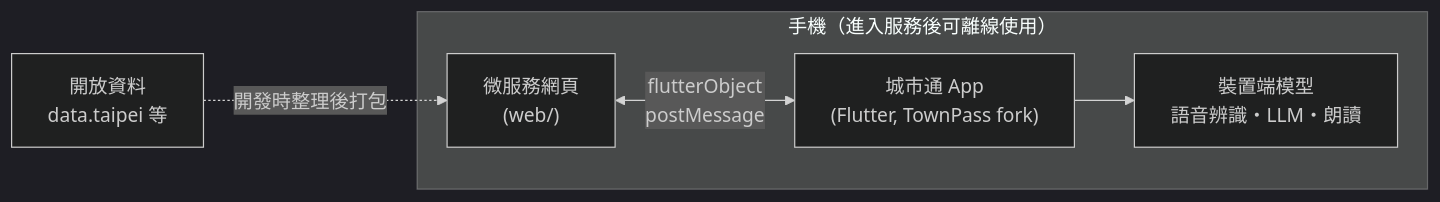
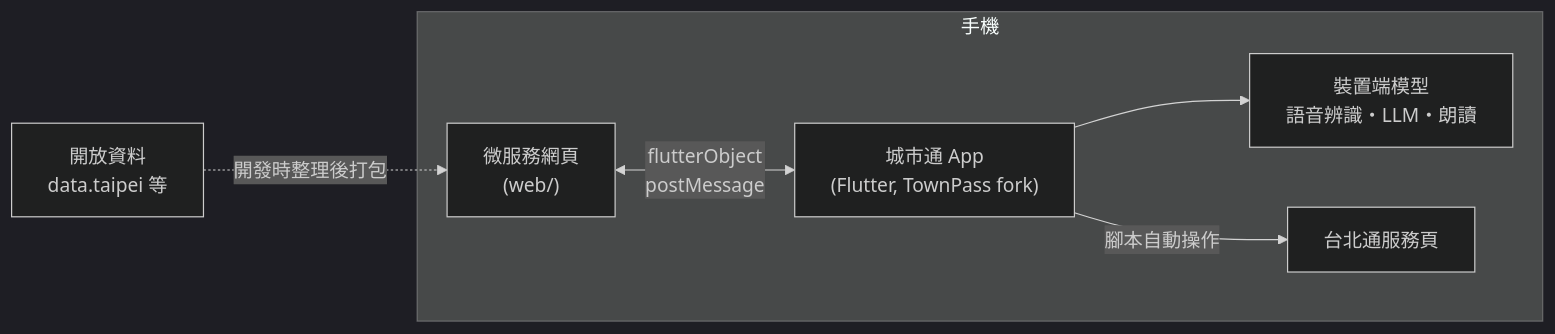
The diagram in README.md (jsyang0322/TPE_Codefest2026), drawn with Mermaid (dark theme) before and after one commit. The commit also changed other lines of this file and 2 other files, not shown here.

Commit message:
Switch step 4 to scripts that operate TownPass services
The on-device LLM now picks a pre-written script and extracts its
slots; an App-side runner opens the TownPass service page and injects
JavaScript to click, fill and read, stopping before payment. Adds the
run_task bridge spec, script format, runner sketch and safety rules,
relaxes the offline standard to LLM-only, and makes parking fee lookup
the main demo. Workflow doc and README updated to match.

````diff
--- a/README.md
+++ b/README.md
@@ -37,8 +37,9 @@
 ```mermaid
 flowchart LR
-    subgraph Phone["手機（進入服務後可離線使用）"]
+    subgraph Phone["手機"]
         Web["微服務網頁<br/>(web/)"] <-- "flutterObject<br/>postMessage" --> App["城市通 App<br/>(Flutter, TownPass fork)"]
         App --> Model["裝置端模型<br/>語音辨識・LLM・朗讀"]
+        App -- "腳本自動操作" --> Svc["台北通服務頁"]
     end
     Data["開放資料<br/>data.taipei 等"] -. "開發時整理後打包" .-> Web
 ```
````
